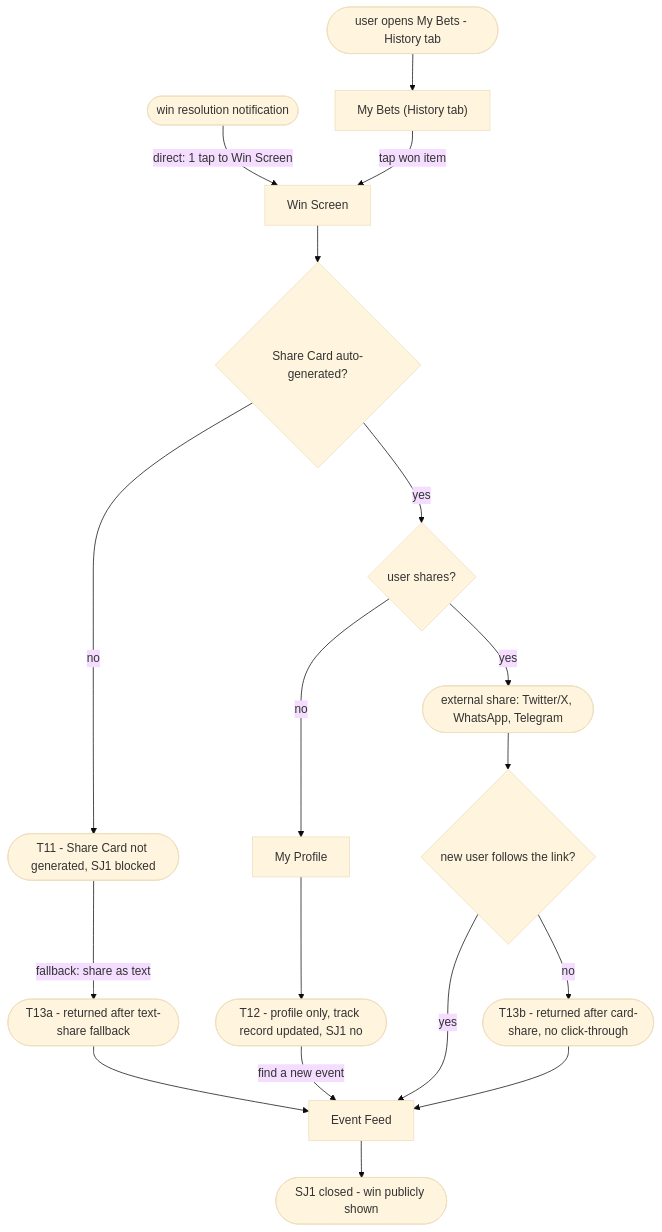
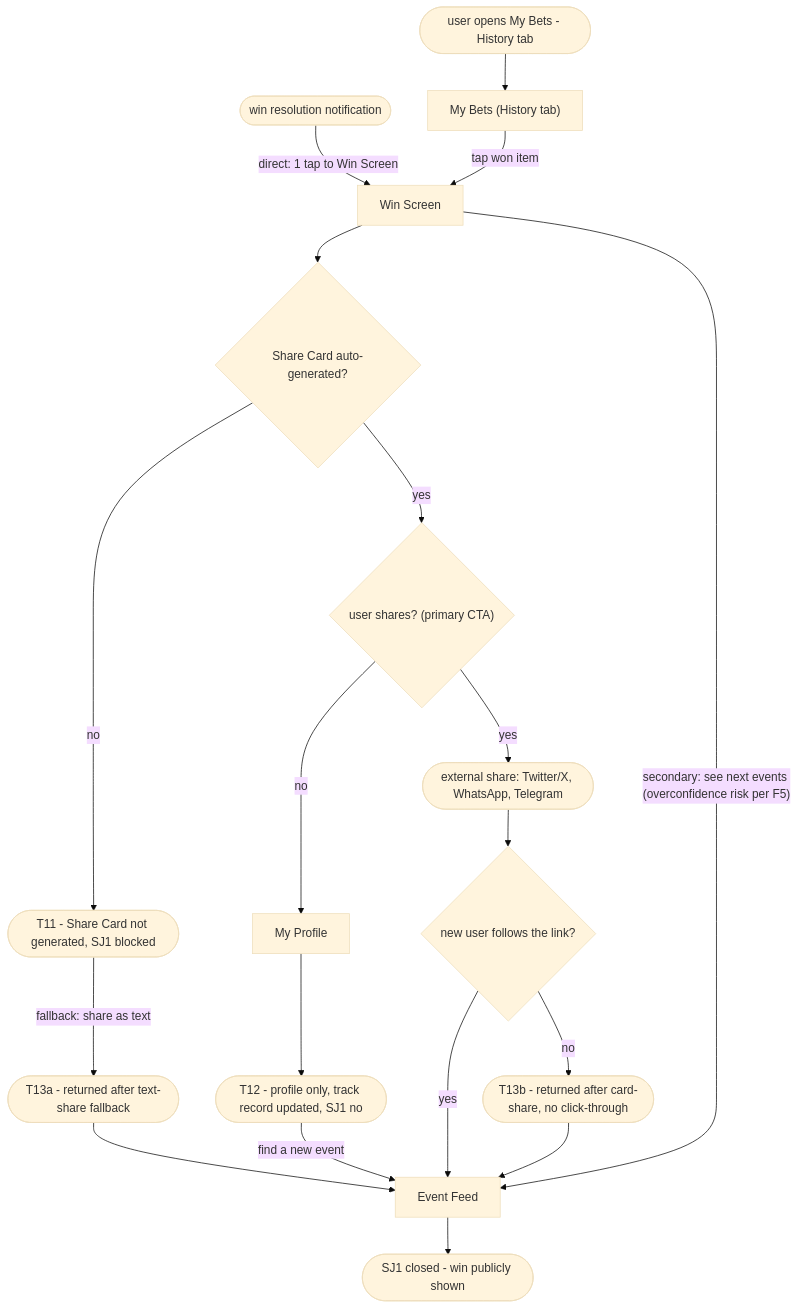
One commit to sergiodesign4u-dot/predict-market changed the fourth of 4 diagrams in flows.md. Above: the diagram before and after it, drawn with Mermaid (base theme).

Commit message:
Step 2: SJ1 - Win Screen share as primary CTA, see-next-events as deliberate secondary per F5

````diff
--- a/flows.md
+++ b/flows.md
@@ -181,28 +181,33 @@
 ```mermaid
 flowchart TD
     %% Path A: G1-equivalent - win notification routes directly to Win Screen (1 tap, fast path)
     triggerNotif(["win resolution notification"])
     triggerNotif -->|"direct: 1 tap to Win Screen"| WS["Win Screen"]
 
     %% Path B: manual - user opens My Bets History tab, taps a won item
     triggerManual(["user opens My Bets - History tab"])
     triggerManual --> ABhistory["My Bets (History tab)"]
     ABhistory -->|"tap won item"| WS
 
+    %% Default next action: share / mark the moment (SJ1 primary path)
+    %% "See next events" is a deliberate secondary CTA - not the primary - per F5 (overconfidence risk)
     WS --> cardOk{"Share Card auto-generated?"}
     cardOk -->|"no"| T11(["T11 - Share Card not generated, SJ1 blocked"])
     T11 -->|"fallback: share as text"| T13a(["T13a - returned after text-share fallback"])
     T13a --> EF["Event Feed"]
     EF --> sj1Done(["SJ1 closed - win publicly shown"])
 
-    cardOk -->|"yes"| shares{"user shares?"}
+    cardOk -->|"yes"| shares{"user shares? (primary CTA)"}
     shares -->|"no"| MP["My Profile"]
     MP --> T12(["T12 - profile only, track record updated, SJ1 no"])
     T12 -->|"find a new event"| EF
 
     shares -->|"yes"| ext(["external share: Twitter/X, WhatsApp, Telegram"])
     ext --> newUser{"new user follows the link?"}
     newUser -->|"yes"| EF
     newUser -->|"no"| T13b(["T13b - returned after card-share, no click-through"])
     T13b --> EF
+
+    %% Secondary path: see next events (lower-emphasis CTA, overconfidence risk per F5)
+    WS -->|"secondary: see next events (overconfidence risk per F5)"| EF
 ```
````
